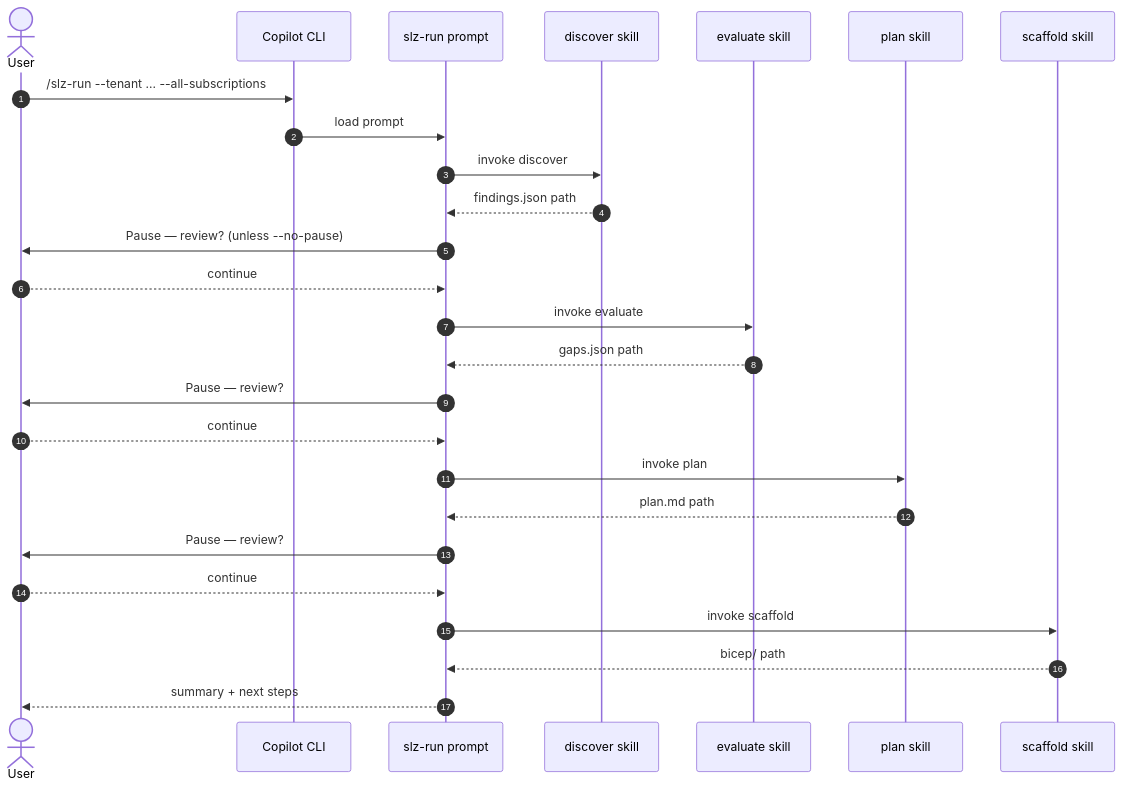
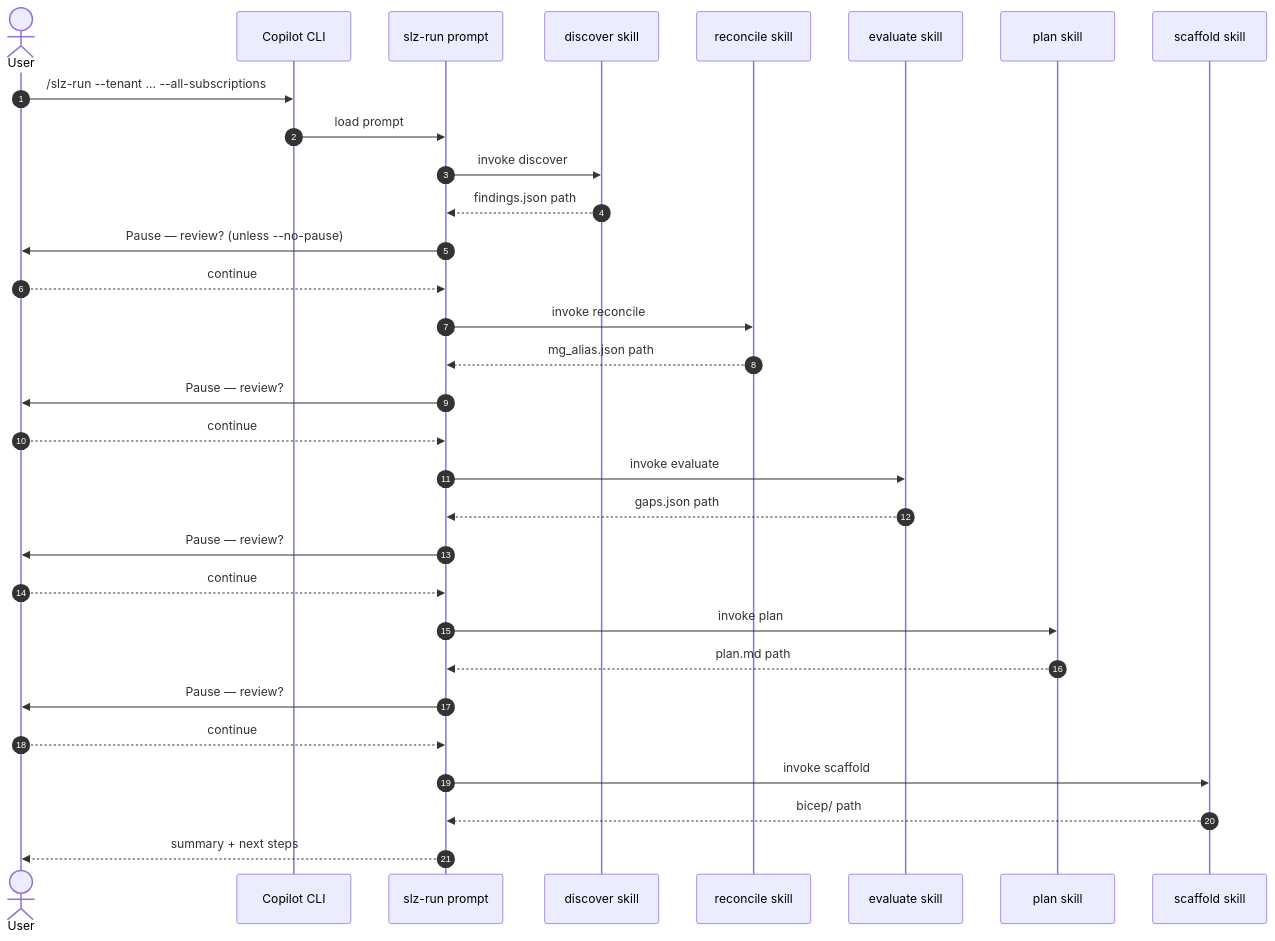
Before and after one commit to msucharda/slz-readiness: the second of 2 diagrams in wiki/docs/deep-dive/plugin-mechanics.md, drawn with Mermaid. The commit also changed other lines of this file and 39 other files, not shown here.

````diff
--- a/wiki/docs/deep-dive/plugin-mechanics.md
+++ b/wiki/docs/deep-dive/plugin-mechanics.md
@@ -99,29 +101,34 @@
 ```mermaid
 sequenceDiagram
     autonumber
     actor User
     participant Host as Copilot CLI
     participant Orchestrator as slz-run prompt
     participant D as discover skill
+    participant R as reconcile skill
     participant E as evaluate skill
     participant P as plan skill
     participant S as scaffold skill
 
     User->>Host: /slz-run --tenant ... --all-subscriptions
     Host->>Orchestrator: load prompt
     Orchestrator->>D: invoke discover
     D-->>Orchestrator: findings.json path
     Orchestrator->>User: Pause — review? (unless --no-pause)
+    User-->>Orchestrator: continue
+    Orchestrator->>R: invoke reconcile
+    R-->>Orchestrator: mg_alias.json path
+    Orchestrator->>User: Pause — review?
     User-->>Orchestrator: continue
     Orchestrator->>E: invoke evaluate
     E-->>Orchestrator: gaps.json path
     Orchestrator->>User: Pause — review?
     User-->>Orchestrator: continue
     Orchestrator->>P: invoke plan
     P-->>Orchestrator: plan.md path
     Orchestrator->>User: Pause — review?
     User-->>Orchestrator: continue
     Orchestrator->>S: invoke scaffold
     S-->>Orchestrator: bicep/ path
     Orchestrator-->>User: summary + next steps
 ```
````
